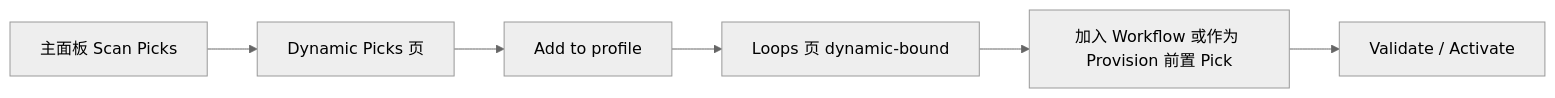
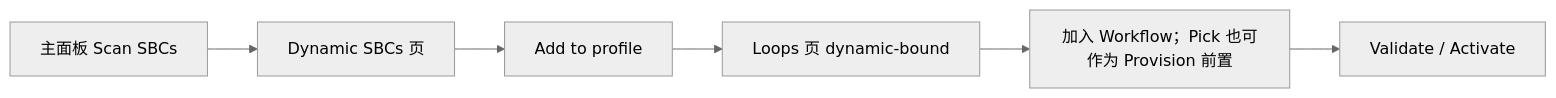
One commit to ShatteredLancer/DailyLoopRunner changed the fourth of 5 diagrams in docs/WORKFLOW_LOOP_BUILDER_GUIDE_ZH.md. Above: the diagram before and after it, drawn with Mermaid (neutral theme). The commit also changed other lines of this file and 32 other files, not shown here.

````diff
--- a/docs/WORKFLOW_LOOP_BUILDER_GUIDE_ZH.md
+++ b/docs/WORKFLOW_LOOP_BUILDER_GUIDE_ZH.md
@@ -212,8 +212,8 @@
 ```mermaid
 flowchart LR
-  S[主面板 Scan Picks] --> D[Dynamic Picks 页]
+  S[主面板 Scan SBCs] --> D[Dynamic SBCs 页]
   D --> B[Add to profile]
   B --> L[Loops 页 dynamic-bound]
-  L --> W[加入 Workflow 或作为 Provision 前置 Pick]
+  L --> W[加入 Workflow；Pick 也可作为 Provision 前置]
   W --> A[Validate / Activate]
 ```
````
